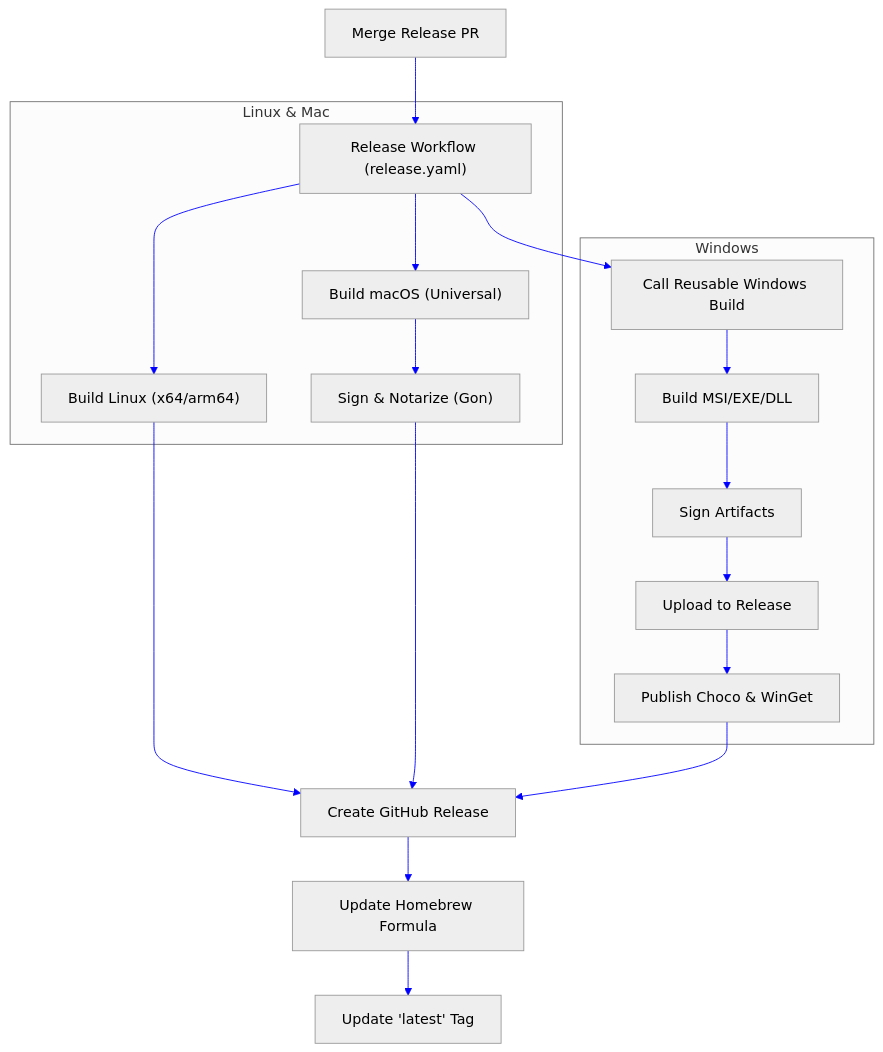
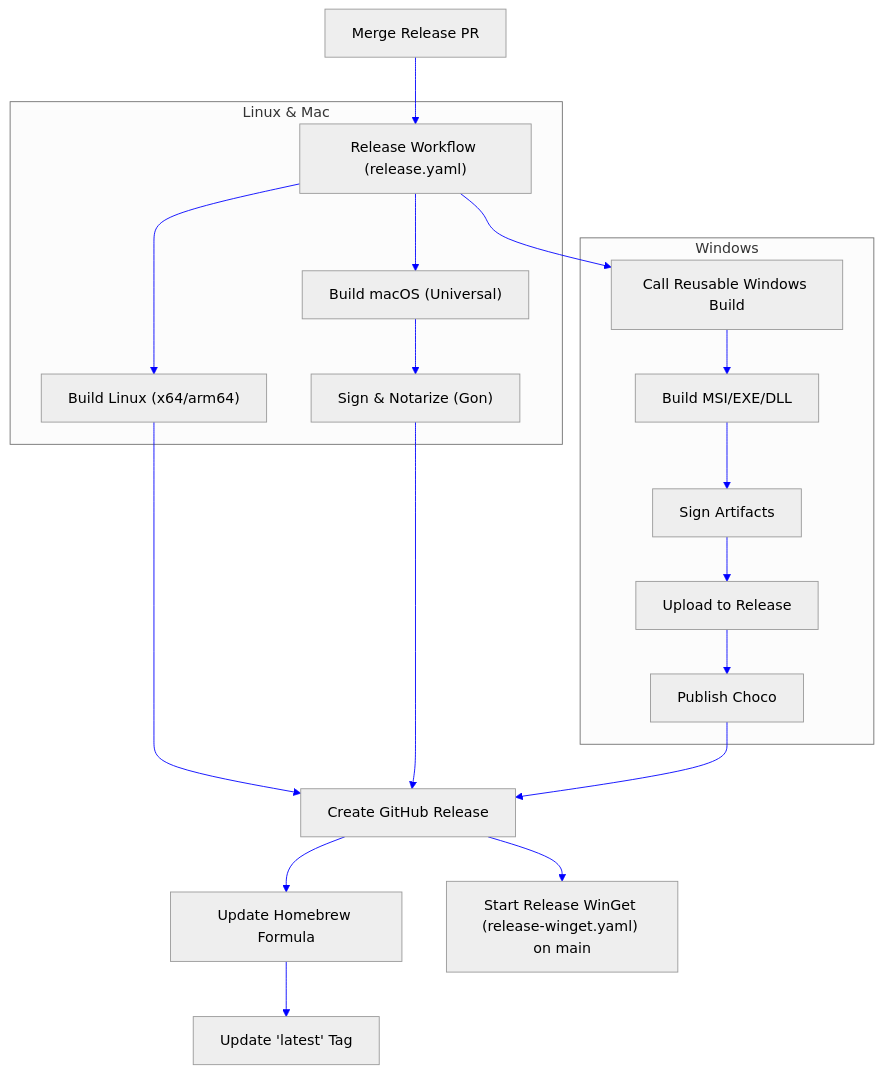
The second of 2 diagrams in .github/workflows/README.md (metalbear-co/mirrord), drawn with Mermaid before and after one commit. The commit also changed other lines of this file and 4 other files, not shown here.

````diff
--- a/.github/workflows/README.md
+++ b/.github/workflows/README.md
@@ -35,26 +35,27 @@
 ```mermaid
 %%{init: {'theme': 'neutral', 'themeVariables': {'lineColor': '#00f'}}}%%
 graph TD
     A["Merge Release PR"] --> B["Release Workflow (release.yaml)"]
     
     subgraph "Linux & Mac"
         B --> C["Build Linux (x64/arm64)"]
         B --> D["Build macOS (Universal)"]
         D --> D1["Sign & Notarize (Gon)"]
     end
 
     subgraph "Windows"
         B --> E["Call Reusable Windows Build"]
         E --> E1["Build MSI/EXE/DLL"]
         E1 --> E2["Sign Artifacts"]
         E2 --> E3["Upload to Release"]
-        E3 --> E4["Publish Choco & WinGet"]
+        E3 --> E4["Publish Choco"]
     end
     
     C --> F["Create GitHub Release"]
     D1 --> F
     E4 --> F
     
     F --> G["Update Homebrew Formula"]
+    F --> W["Start Release WinGet (release-winget.yaml) on main"]
     G --> H["Update 'latest' Tag"]
 ```
````
